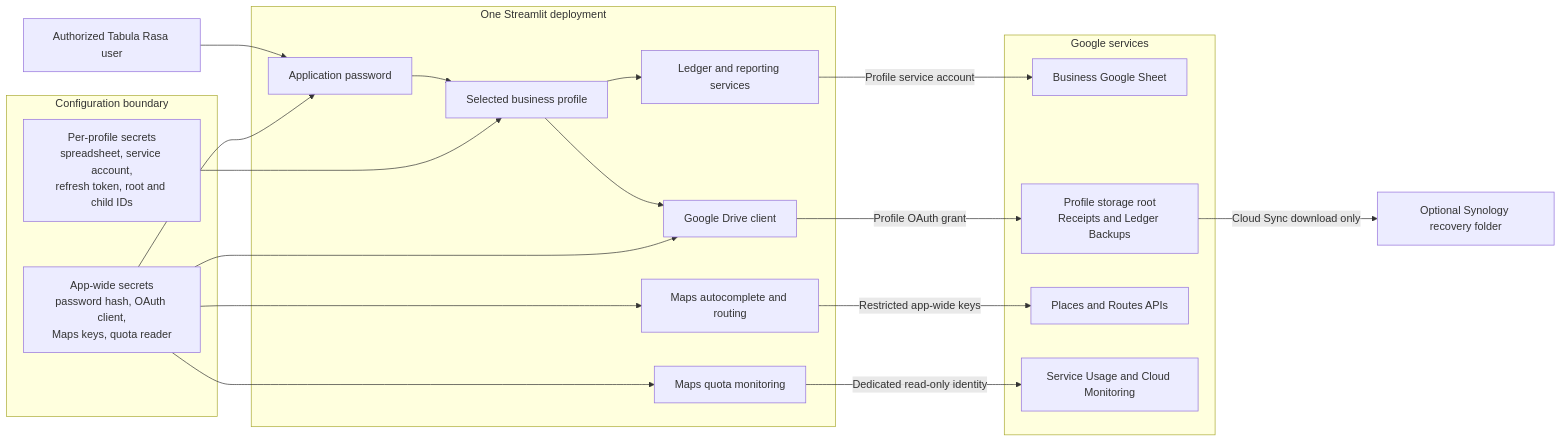
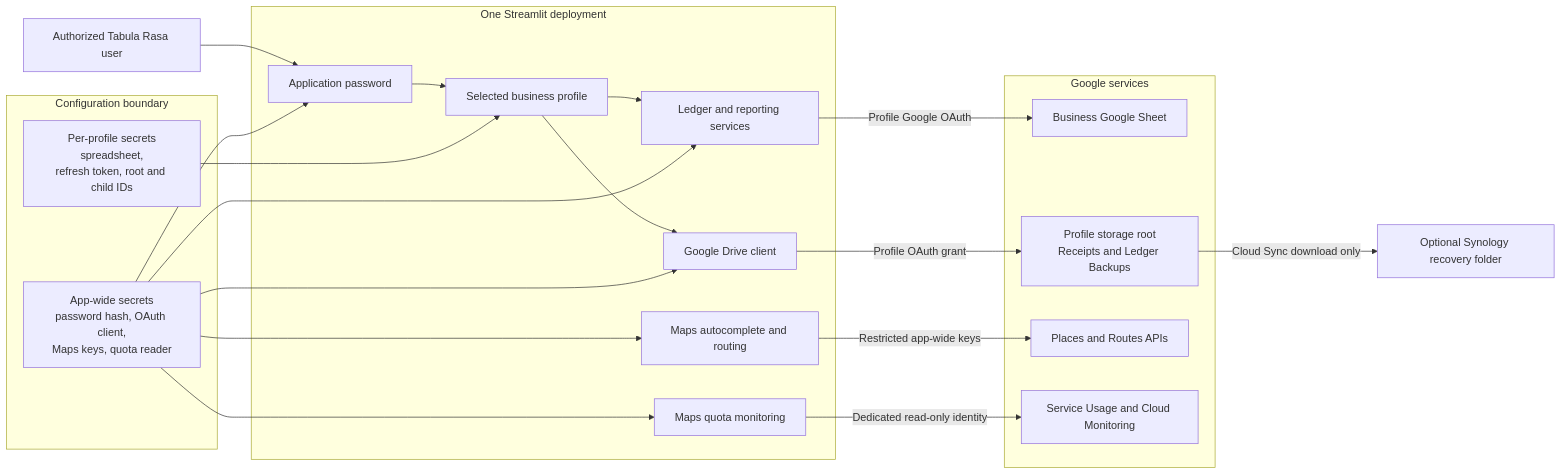
One commit to Roklion/Project_Tabula_Rasa changed the first of 3 diagrams in docs/ARCHITECTURE.md. Above: the diagram before and after it, drawn with Mermaid. The commit also changed other lines of this file and 48 other files, not shown here.

First line of the commit message:
Migrate profile Sheets authentication to OAuth and provision initial ledgers

````diff
--- a/docs/ARCHITECTURE.md
+++ b/docs/ARCHITECTURE.md
@@ -13,42 +13,43 @@
 ```mermaid
 flowchart LR
     User["Authorized Tabula Rasa user"]
 
     subgraph App["One Streamlit deployment"]
         Auth["Application password"]
         Profile["Selected business profile"]
         Ledger["Ledger and reporting services"]
         DriveClient["Google Drive client"]
         MapsClient["Maps autocomplete and routing"]
         QuotaClient["Maps quota monitoring"]
     end
 
     subgraph Config["Configuration boundary"]
         AppSecrets["App-wide secrets<br/>password hash, OAuth client,<br/>Maps keys, quota reader"]
-        ProfileSecrets["Per-profile secrets<br/>spreadsheet, service account,<br/>refresh token, root and child IDs"]
+        ProfileSecrets["Per-profile secrets<br/>spreadsheet,<br/>refresh token, root and child IDs"]
     end
 
     subgraph Google["Google services"]
         Sheets["Business Google Sheet"]
         Drive["Profile storage root<br/>Receipts and Ledger Backups"]
         Maps["Places and Routes APIs"]
         Usage["Service Usage and Cloud Monitoring"]
     end
 
     NAS["Optional Synology recovery folder"]
 
     User --> Auth
     Auth --> Profile
     Profile --> Ledger
     Profile --> DriveClient
     AppSecrets --> Auth
     AppSecrets --> DriveClient
+    AppSecrets --> Ledger
     AppSecrets --> MapsClient
     AppSecrets --> QuotaClient
     ProfileSecrets --> Profile
-    Ledger -->|"Profile service account"| Sheets
+    Ledger -->|"Profile Google OAuth"| Sheets
     DriveClient -->|"Profile OAuth grant"| Drive
     MapsClient -->|"Restricted app-wide keys"| Maps
     QuotaClient -->|"Dedicated read-only identity"| Usage
     Drive -->|"Cloud Sync download only"| NAS
 ```
````
